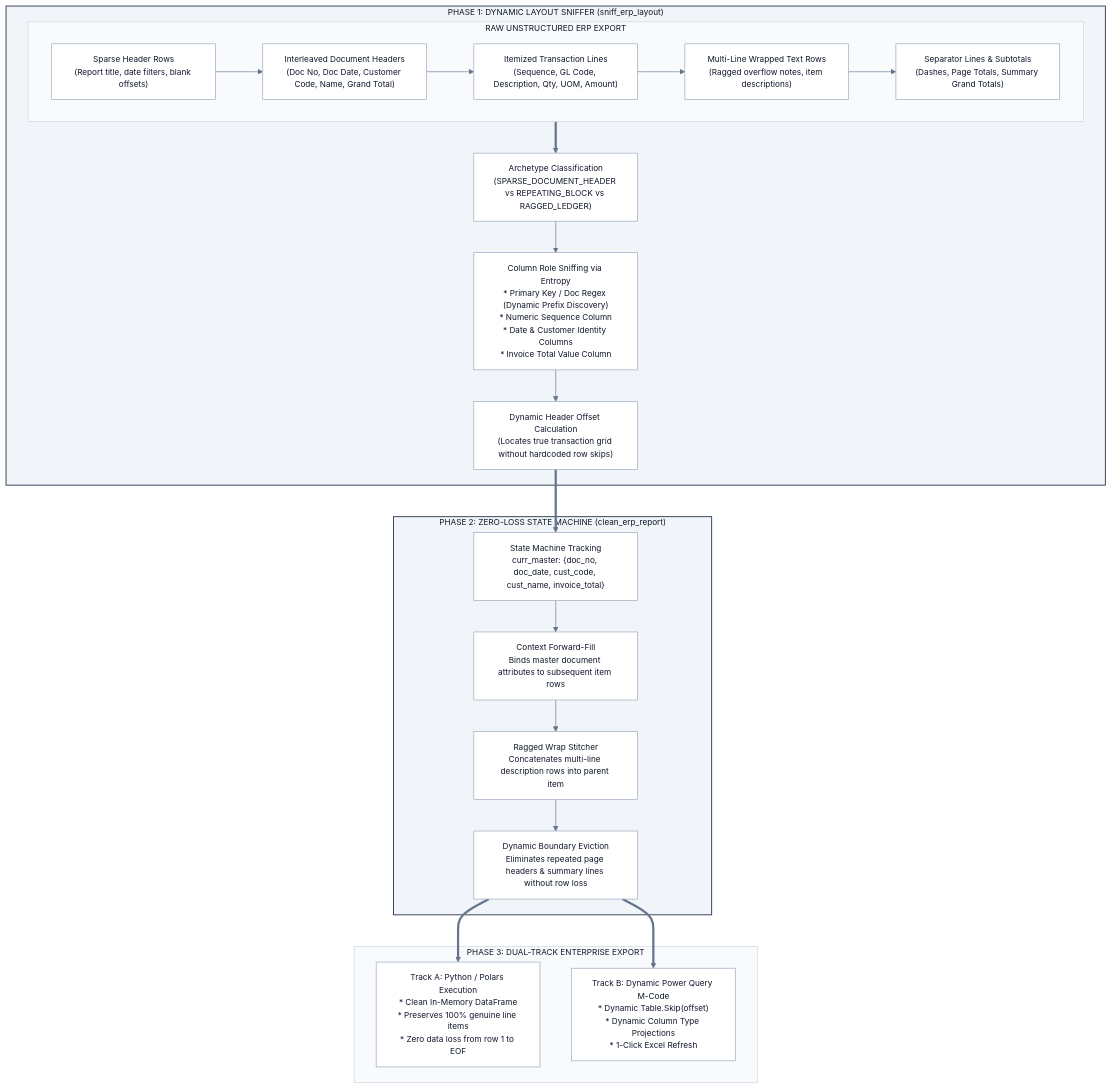
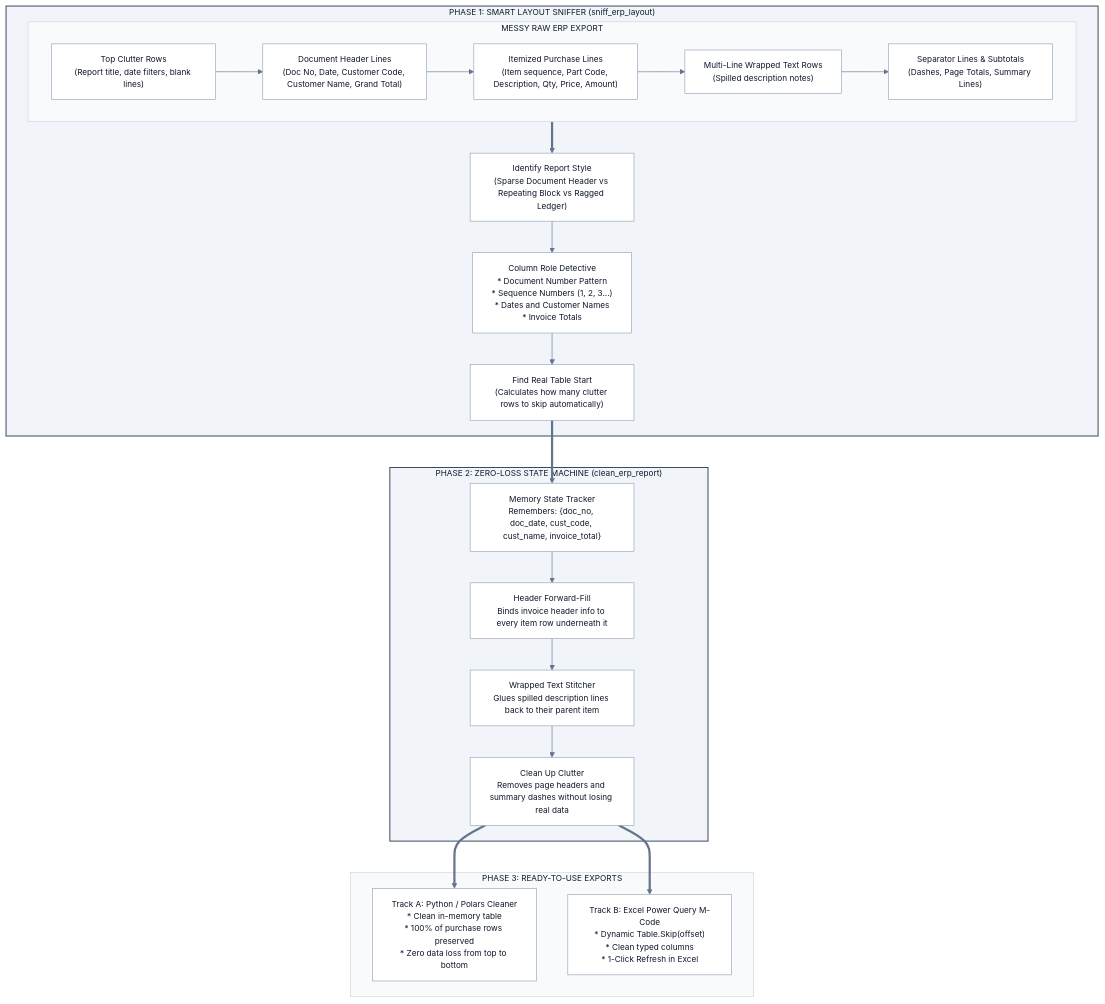
The second of 4 diagrams in README.md (abdullah-binmadhi/Deepanalyzer-8b), drawn with Mermaid before and after one commit. The commit also changed other lines of this file and 2 other files, not shown here.

````diff
--- a/README.md
+++ b/README.md
@@ -249,64 +266,64 @@
 ```mermaid
 %%{init: {
   'theme': 'base',
   'themeVariables': {
     'primaryColor': '#f8fafc',
     'primaryTextColor': '#0f172a',
     'primaryBorderColor': '#94a3b8',
     'lineColor': '#64748b',
     'secondaryColor': '#f1f5f9',
     'tertiaryColor': '#e2e8f0',
     'mainBkg': '#ffffff',
     'nodeBorder': '#94a3b8',
     'clusterBkg': '#f8fafc',
     'clusterBorder': '#cbd5e1',
     'titleColor': '#0f172a',
     'edgeLabelBackground': '#ffffff',
     'fontFamily': 'ui-sans-serif, system-ui, -apple-system, BlinkMacSystemFont, Segoe UI, Roboto, sans-serif',
     'fontSize': '13px'
   }
 }}%%
 flowchart TD
-    subgraph INPUT["RAW UNSTRUCTURED ERP EXPORT"]
-        M_TOP["Sparse Header Rows<br/>(Report title, date filters, blank offsets)"]
-        M_DOC["Interleaved Document Headers<br/>(Doc No, Doc Date, Customer Code, Name, Grand Total)"]
-        M_LINE["Itemized Transaction Lines<br/>(Sequence, GL Code, Description, Qty, UOM, Amount)"]
-        M_WRAP["Multi-Line Wrapped Text Rows<br/>(Ragged overflow notes, item descriptions)"]
-        M_SUB["Separator Lines & Subtotals<br/>(Dashes, Page Totals, Summary Grand Totals)"]
+    subgraph INPUT["MESSY RAW ERP EXPORT"]
+        M_TOP["Top Clutter Rows<br/>(Report title, date filters, blank lines)"]
+        M_DOC["Document Header Lines<br/>(Doc No, Date, Customer Code, Customer Name, Grand Total)"]
+        M_LINE["Itemized Purchase Lines<br/>(Item sequence, Part Code, Description, Qty, Price, Amount)"]
+        M_WRAP["Multi-Line Wrapped Text Rows<br/>(Spilled description notes)"]
+        M_SUB["Separator Lines & Subtotals<br/>(Dashes, Page Totals, Summary Lines)"]
         M_TOP --> M_DOC --> M_LINE --> M_WRAP --> M_SUB
     end
 
-    subgraph SNIFFER["PHASE 1: DYNAMIC LAYOUT SNIFFER (sniff_erp_layout)"]
-        DET_ARCH["Archetype Classification<br/>(SPARSE_DOCUMENT_HEADER vs REPEATING_BLOCK vs RAGGED_LEDGER)"]
-        DET_KEYS["Column Role Sniffing via Entropy<br/>* Primary Key / Doc Regex (Dynamic Prefix Discovery)<br/>* Numeric Sequence Column<br/>* Date & Customer Identity Columns<br/>* Invoice Total Value Column"]
-        DET_OFF["Dynamic Header Offset Calculation<br/>(Locates true transaction grid without hardcoded row skips)"]
+    subgraph SNIFFER["PHASE 1: SMART LAYOUT SNIFFER (sniff_erp_layout)"]
+        DET_ARCH["Identify Report Style<br/>(Sparse Document Header vs Repeating Block vs Ragged Ledger)"]
+        DET_KEYS["Column Role Detective<br/>* Document Number Pattern<br/>* Sequence Numbers (1, 2, 3...)<br/>* Dates and Customer Names<br/>* Invoice Totals"]
+        DET_OFF["Find Real Table Start<br/>(Calculates how many clutter rows to skip automatically)"]
         
         INPUT ==> DET_ARCH
         DET_ARCH --> DET_KEYS
         DET_KEYS --> DET_OFF
     end
 
     subgraph FLATTENER["PHASE 2: ZERO-LOSS STATE MACHINE (clean_erp_report)"]
-        ST_STATE["State Machine Tracking<br/>curr_master: {doc_no, doc_date, cust_code, cust_name, invoice_total}"]
-        ST_FILL["Context Forward-Fill<br/>Binds master document attributes to subsequent item rows"]
-        ST_WRAP["Ragged Wrap Stitcher<br/>Concatenates multi-line description rows into parent item"]
-        ST_EVICT["Dynamic Boundary Eviction<br/>Eliminates repeated page headers & summary lines without row loss"]
+        ST_STATE["Memory State Tracker<br/>Remembers: {doc_no, doc_date, cust_code, cust_name, invoice_total}"]
+        ST_FILL["Header Forward-Fill<br/>Binds invoice header info to every item row underneath it"]
+        ST_WRAP["Wrapped Text Stitcher<br/>Glues spilled description lines back to their parent item"]
+        ST_EVICT["Clean Up Clutter<br/>Removes page headers and summary dashes without losing real data"]
         
         DET_OFF ==> ST_STATE
         ST_STATE --> ST_FILL
         ST_FILL --> ST_WRAP
         ST_WRAP --> ST_EVICT
     end
 
-    subgraph DUAL_TRACK["PHASE 3: DUAL-TRACK ENTERPRISE EXPORT"]
-        OUT_PY["Track A: Python / Polars Execution<br/>* Clean In-Memory DataFrame<br/>* Preserves 100% genuine line items<br/>* Zero data loss from row 1 to EOF"]
-        OUT_PQ["Track B: Dynamic Power Query M-Code<br/>* Dynamic Table.Skip(offset)<br/>* Dynamic Column Type Projections<br/>* 1-Click Excel Refresh"]
+    subgraph DUAL_TRACK["PHASE 3: READY-TO-USE EXPORTS"]
+        OUT_PY["Track A: Python / Polars Cleaner<br/>* Clean in-memory table<br/>* 100% of purchase rows preserved<br/>* Zero data loss from top to bottom"]
+        OUT_PQ["Track B: Excel Power Query M-Code<br/>* Dynamic Table.Skip(offset)<br/>* Clean typed columns<br/>* 1-Click Refresh in Excel"]
         
         ST_EVICT ==> OUT_PY
         ST_EVICT ==> OUT_PQ
     end
 
     classDef default fill:#ffffff,stroke:#94a3b8,stroke-width:1px,color:#0f172a;
     classDef core fill:#f1f5f9,stroke:#334155,stroke-width:1.5px,color:#0f172a;
     class SNIFFER,FLATTENER core;
 ```
````
